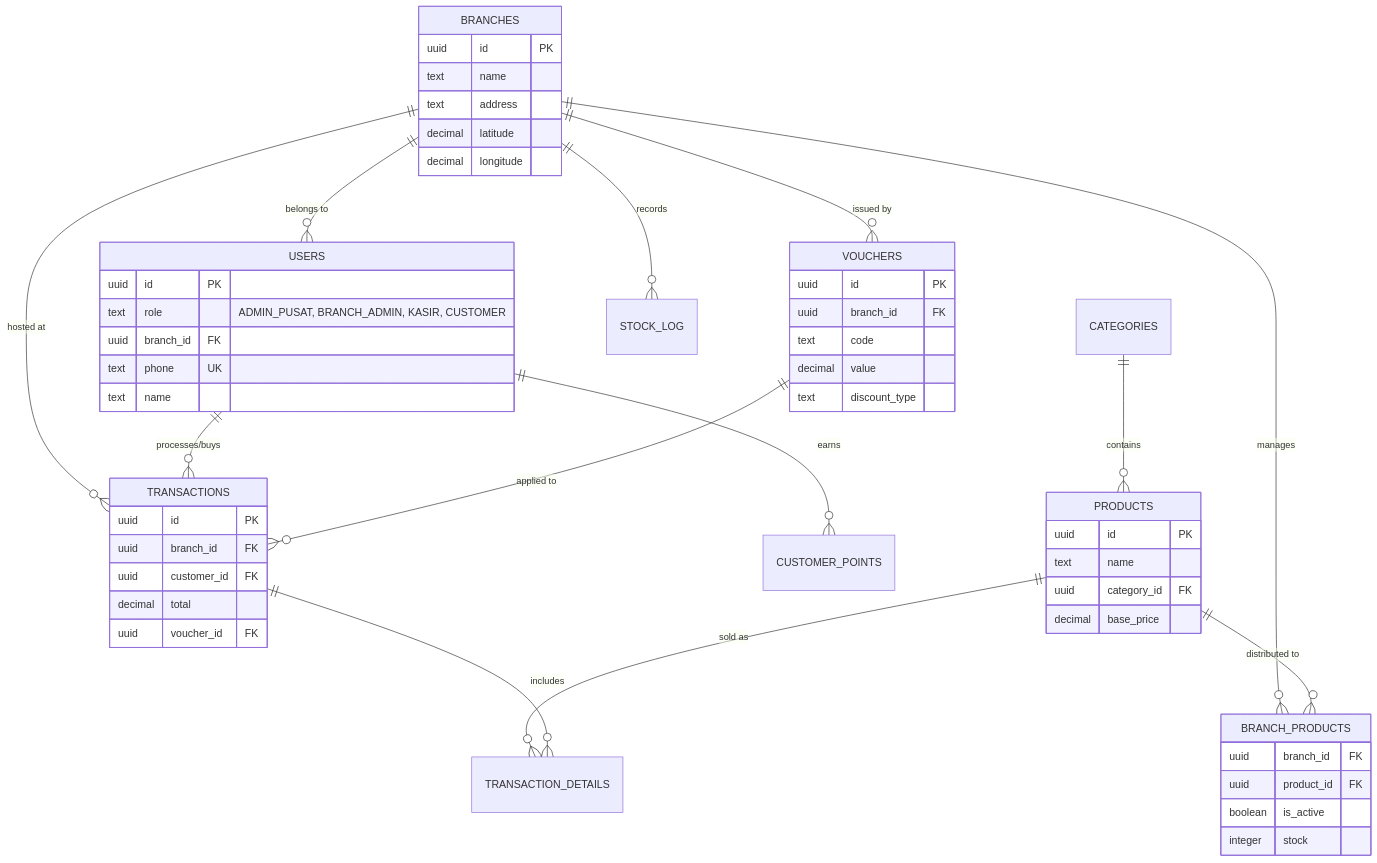
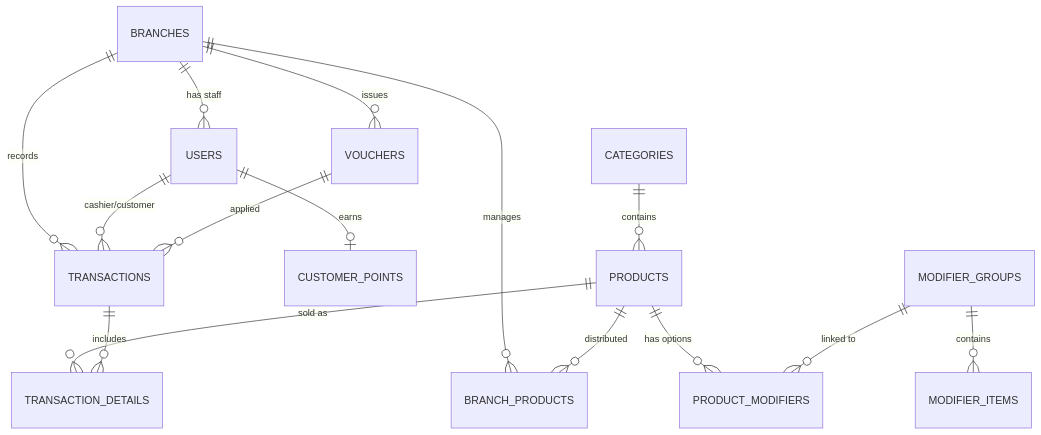
Before and after one commit to subkh4n/DUAL_POSRESTO: the diagram in docs/implementation_plan.md, drawn with Mermaid. The commit also changed other lines of this file and 12 other files, not shown here.

````diff
--- a/docs/implementation_plan.md
+++ b/docs/implementation_plan.md
@@ -9,64 +11,21 @@
 ```mermaid
 erDiagram
-    BRANCHES ||--o{ USERS : "belongs to"
+    BRANCHES ||--o{ USERS : "has staff"
     BRANCHES ||--o{ BRANCH_PRODUCTS : "manages"
-    BRANCHES ||--o{ VOUCHERS : "issued by"
-    BRANCHES ||--o{ TRANSACTIONS : "hosted at"
-    BRANCHES ||--o{ STOCK_LOG : "records"
+    BRANCHES ||--o{ VOUCHERS : "issues"
+    BRANCHES ||--o{ TRANSACTIONS : "records"
 
-    USERS ||--o{ TRANSACTIONS : "processes/buys"
-    USERS ||--o{ CUSTOMER_POINTS : "earns"
+    USERS ||--o{ TRANSACTIONS : "cashier/customer"
+    USERS ||--o| CUSTOMER_POINTS : "earns"
 
     CATEGORIES ||--o{ PRODUCTS : "contains"
-    PRODUCTS ||--o{ BRANCH_PRODUCTS : "distributed to"
+    PRODUCTS ||--o{ BRANCH_PRODUCTS : "distributed"
+    PRODUCTS ||--o{ PRODUCT_MODIFIERS : "has options"
     PRODUCTS ||--o{ TRANSACTION_DETAILS : "sold as"
 
+    MODIFIER_GROUPS ||--o{ MODIFIER_ITEMS : "contains"
+    MODIFIER_GROUPS ||--o{ PRODUCT_MODIFIERS : "linked to"
+
     TRANSACTIONS ||--o{ TRANSACTION_DETAILS : "includes"
-    VOUCHERS ||--o{ TRANSACTIONS : "applied to"
-
-    BRANCHES {
-        uuid id PK
-        text name
-        text address
-        decimal latitude
-        decimal longitude
-    }
-
-    USERS {
-        uuid id PK
-        text role "ADMIN_PUSAT, BRANCH_ADMIN, KASIR, CUSTOMER"
-        uuid branch_id FK
-        text phone UK
-        text name
-    }
-
-    PRODUCTS {
-        uuid id PK
-        text name
-        uuid category_id FK
-        decimal base_price
-    }
-
-    BRANCH_PRODUCTS {
-        uuid branch_id FK
-        uuid product_id FK
-        boolean is_active
-        integer stock
-    }
-
-    VOUCHERS {
-        uuid id PK
-        uuid branch_id FK
-        text code
-        decimal value
-        text discount_type
-    }
-
-    TRANSACTIONS {
-        uuid id PK
-        uuid branch_id FK
-        uuid customer_id FK
-        decimal total
-        uuid voucher_id FK
-    }
+    VOUCHERS ||--o{ TRANSACTIONS : "applied"
 ```
````
